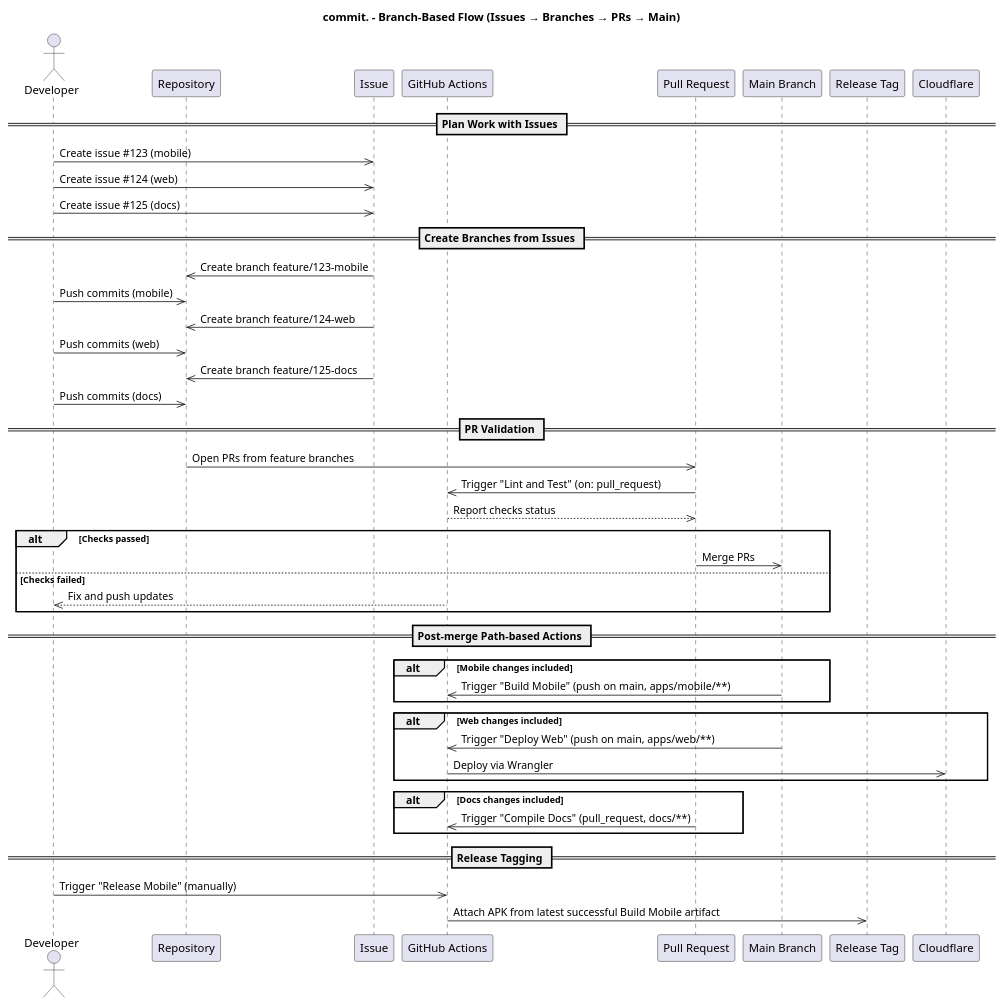
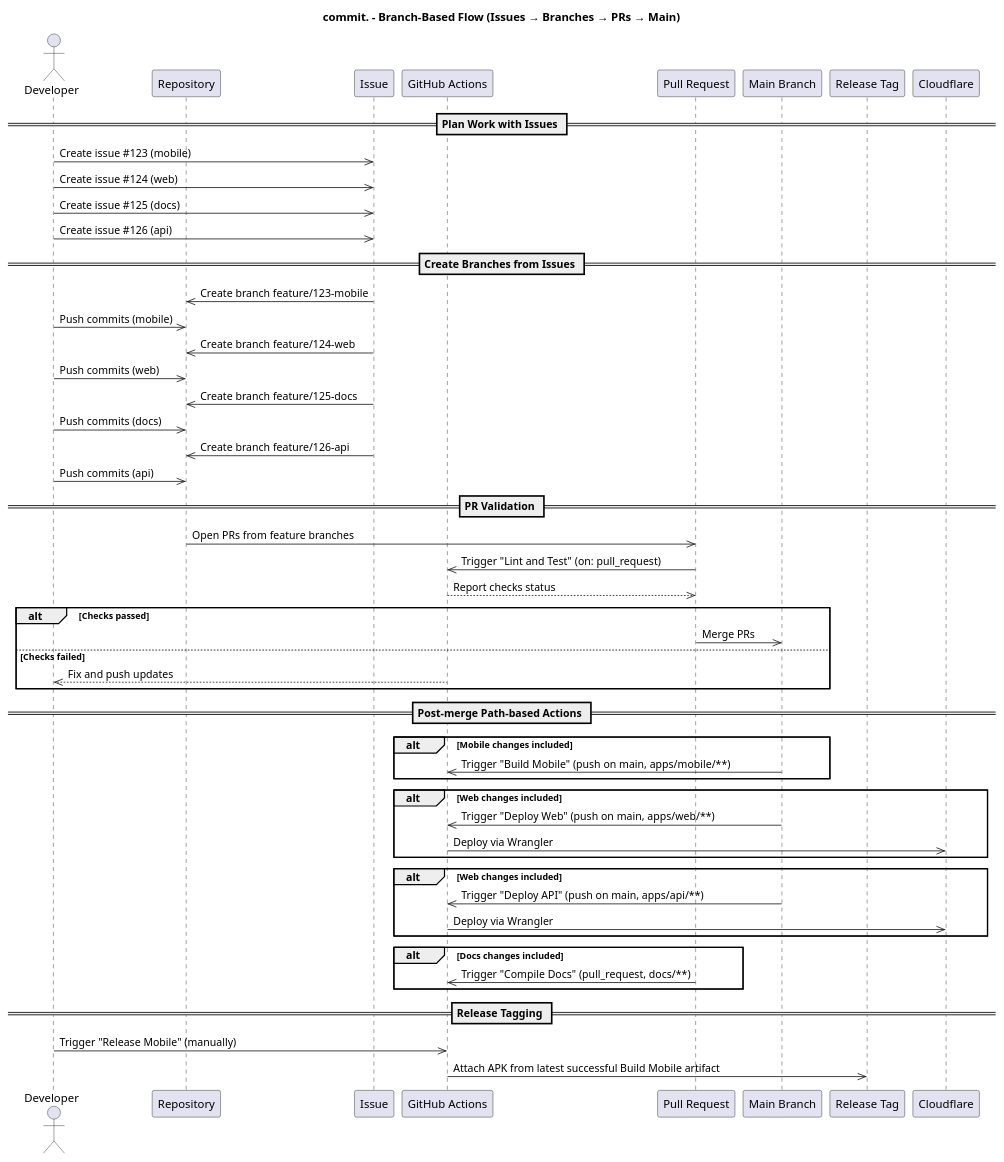
Before and after one commit to getcommitapp/commit: the diagram in docs/branch-flow.puml, drawn with PlantUML.

Commit message:
docs: added api cd in branch-flow

```diff
--- a/docs/branch-flow.puml
+++ b/docs/branch-flow.puml
@@ -1,54 +1,62 @@
 @startuml branch-flow
 title commit. - Branch-Based Flow (Issues → Branches → PRs → Main)
 
 actor Dev as "Developer"
 participant Repo as "Repository"
 participant Iss as "Issue"
 participant GHA as "GitHub Actions"
 participant PR as "Pull Request"
 participant Main as "Main Branch"
 participant Rel as "Release Tag"
 
 == Plan Work with Issues ==
 Dev ->> Iss: Create issue #123 (mobile)
 Dev ->> Iss: Create issue #124 (web)
 Dev ->> Iss: Create issue #125 (docs)
+Dev ->> Iss: Create issue #126 (api)
 
 == Create Branches from Issues ==
 Iss ->> Repo: Create branch feature/123-mobile
 Dev ->> Repo: Push commits (mobile)
 Iss ->> Repo: Create branch feature/124-web
 Dev ->> Repo: Push commits (web)
 Iss ->> Repo: Create branch feature/125-docs
 Dev ->> Repo: Push commits (docs)
+Iss ->> Repo: Create branch feature/126-api
+Dev ->> Repo: Push commits (api)
 
 == PR Validation ==
 Repo ->> PR: Open PRs from feature branches
 PR ->> GHA: Trigger "Lint and Test" (on: pull_request)
 GHA -->> PR: Report checks status
 
 alt Checks passed
   PR ->> Main: Merge PRs
 else Checks failed
   GHA -->> Dev: Fix and push updates
 end
 
 == Post-merge Path-based Actions ==
 alt Mobile changes included
   Main ->> GHA: Trigger "Build Mobile" (push on main, apps/mobile/**)
 end
 
 alt Web changes included
   Main ->> GHA: Trigger "Deploy Web" (push on main, apps/web/**)
   GHA ->> "Cloudflare": Deploy via Wrangler
 end
 
+alt Web changes included
+  Main ->> GHA: Trigger "Deploy API" (push on main, apps/api/**)
+  GHA ->> "Cloudflare": Deploy via Wrangler
+end
+
 alt Docs changes included
   PR ->> GHA: Trigger "Compile Docs" (pull_request, docs/**)
 end
 
 == Release Tagging ==
 Dev ->> GHA: Trigger "Release Mobile" (manually)
 GHA ->> Rel: Attach APK from latest successful Build Mobile artifact
 
 @enduml
```
